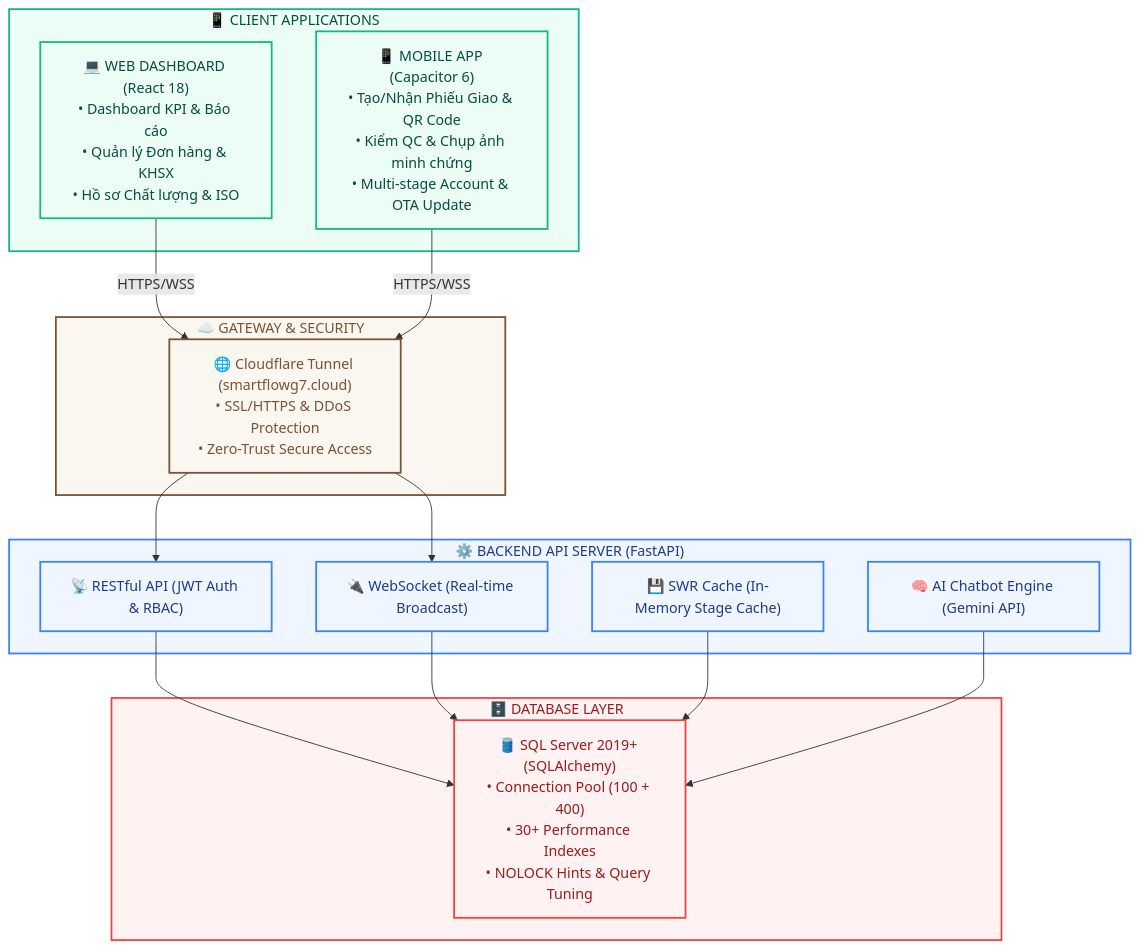
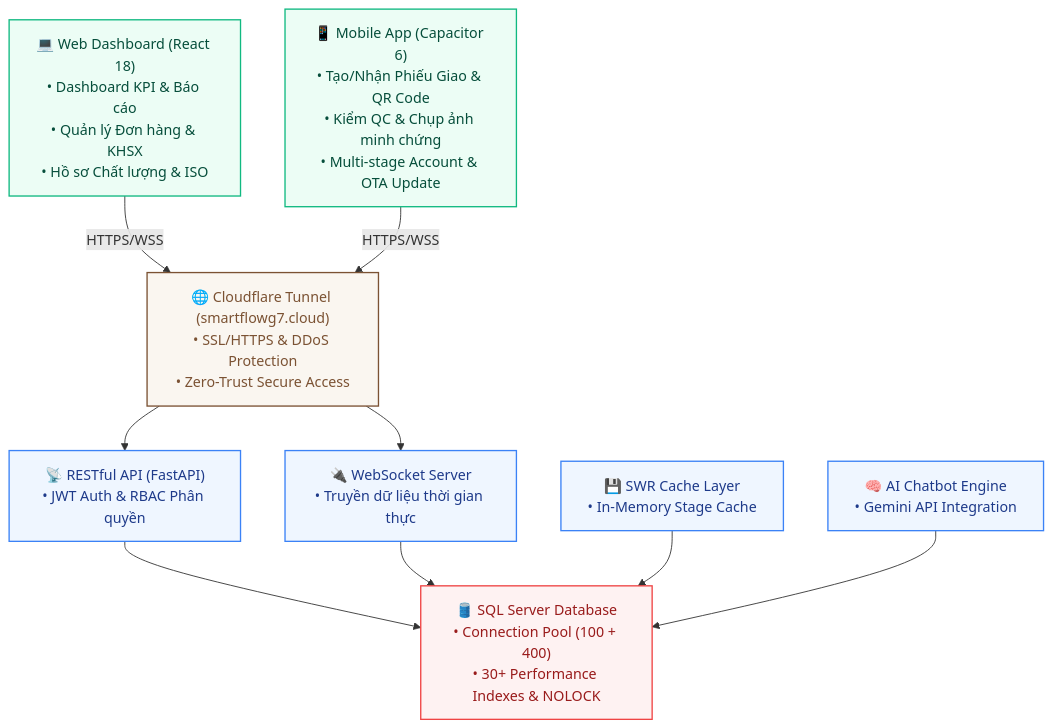
One commit to ChauVanPhuc/Dev changed the diagram in README.md. Above: the diagram before and after it, drawn with Mermaid.

Commit message:
style: simplify Mermaid flowchart diagram by removing nested subgraphs in README

````diff
--- a/README.md
+++ b/README.md
@@ -73,48 +73,38 @@
 ```mermaid
 flowchart TD
     %% Styling Classes
-    classDef cloud fill:#FAF6F0,stroke:#7B5233,stroke-width:2px,color:#7B5233;
-    classDef server fill:#EFF6FF,stroke:#3B82F6,stroke-width:2px,color:#1E3A8A;
-    classDef client fill:#ECFDF5,stroke:#10B981,stroke-width:2px,color:#064E3B;
-    classDef db fill:#FEF2F2,stroke:#EF4444,stroke-width:2px,color:#991B1B;
+    classDef cloud fill:#FAF6F0,stroke:#7B5233,stroke-width:1.5px,color:#7B5233;
+    classDef server fill:#EFF6FF,stroke:#3B82F6,stroke-width:1.5px,color:#1E3A8A;
+    classDef client fill:#ECFDF5,stroke:#10B981,stroke-width:1.5px,color:#064E3B;
+    classDef db fill:#FEF2F2,stroke:#EF4444,stroke-width:1.5px,color:#991B1B;
 
-    %% Clients at the Top
-    subgraph Clients ["📱 CLIENT APPLICATIONS"]
-        Web["💻 WEB DASHBOARD (React 18)<br>• Dashboard KPI & Báo cáo<br>• Quản lý Đơn hàng & KHSX<br>• Hồ sơ Chất lượng & ISO"]
-        Mobile["📱 MOBILE APP (Capacitor 6)<br>• Tạo/Nhận Phiếu Giao & QR Code<br>• Kiểm QC & Chụp ảnh minh chứng<br>• Multi-stage Account & OTA Update"]
-    end
-    class Clients,Web,Mobile client;
+    Web["💻 Web Dashboard (React 18)<br>• Dashboard KPI & Báo cáo<br>• Quản lý Đơn hàng & KHSX<br>• Hồ sơ Chất lượng & ISO"]
+    Mobile["📱 Mobile App (Capacitor 6)<br>• Tạo/Nhận Phiếu Giao & QR Code<br>• Kiểm QC & Chụp ảnh minh chứng<br>• Multi-stage Account & OTA Update"]
+    
+    CF["🌐 Cloudflare Tunnel (smartflowg7.cloud)<br>• SSL/HTTPS & DDoS Protection<br>• Zero-Trust Secure Access"]
+    
+    API["📡 RESTful API (FastAPI)<br>• JWT Auth & RBAC Phân quyền"]
+    WS["🔌 WebSocket Server<br>• Truyền dữ liệu thời gian thực"]
+    Cache["💾 SWR Cache Layer<br>• In-Memory Stage Cache"]
+    AI["🧠 AI Chatbot Engine<br>• Gemini API Integration"]
+    
+    DB["🛢️ SQL Server Database<br>• Connection Pool (100 + 400)<br>• 30+ Performance Indexes & NOLOCK"]
 
-    %% Gateway in the Middle-Top
-    subgraph Gateway ["☁️ GATEWAY & SECURITY"]
-        CF["🌐 Cloudflare Tunnel (smartflowg7.cloud)<br>• SSL/HTTPS & DDoS Protection<br>• Zero-Trust Secure Access"]
-    end
-    class Gateway,CF cloud;
-
-    %% Backend in the Middle-Bottom
-    subgraph Backend ["⚙️ BACKEND API SERVER (FastAPI)"]
-        API["📡 RESTful API (JWT Auth & RBAC)"]
-        WS["🔌 WebSocket (Real-time Broadcast)"]
-        Cache["💾 SWR Cache (In-Memory Stage Cache)"]
-        AI["🧠 AI Chatbot Engine (Gemini API)"]
-    end
-    class Backend,API,WS,Cache,AI server;
-
-    %% Database at the Bottom
-    subgraph Database ["🗄️ DATABASE LAYER"]
-        DB["🛢️ SQL Server 2019+ (SQLAlchemy)<br>• Connection Pool (100 + 400)<br>• 30+ Performance Indexes<br>• NOLOCK Hints & Query Tuning"]
-    end
-    class Database,DB db;
+    %% Apply Classes
+    class CF cloud;
+    class API,WS,Cache,AI server;
+    class DB db;
+    class Web,Mobile client;
 
     %% Relations (strictly Top-to-Bottom)
     Web -->|HTTPS/WSS| CF
     Mobile -->|HTTPS/WSS| CF
     
     CF --> API
     CF --> WS
     
     API --> DB
     WS --> DB
     Cache --> DB
     AI --> DB
 ```
````
